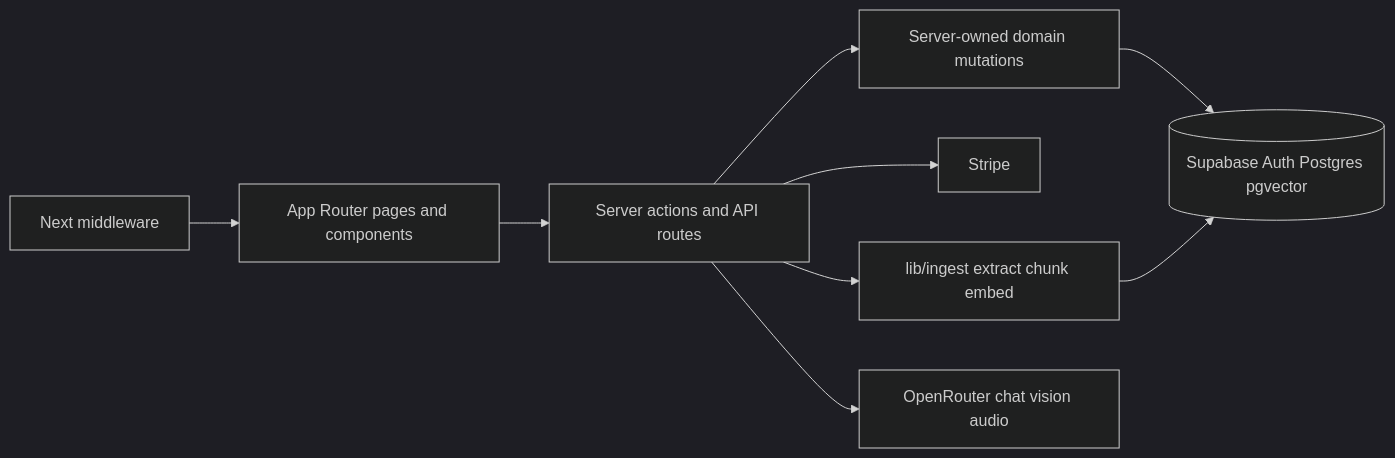
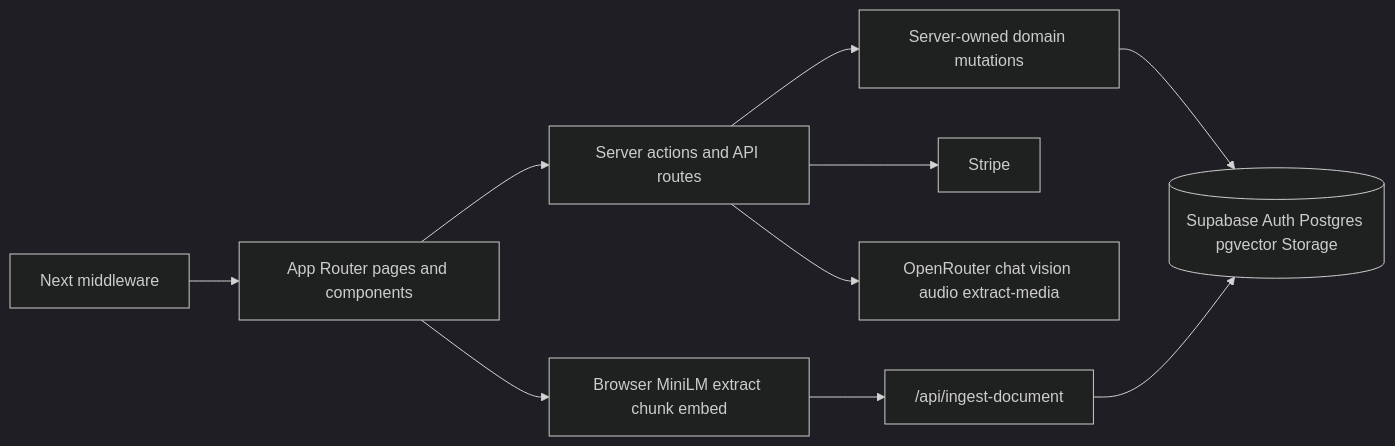
Before and after one commit to rchowdam1/Learnium: the first of 3 diagrams in _bmad-output/planning-artifacts/architecture/architecture-Learnium-2026-07-05/ARCHITECTURE-SPINE.md, drawn with Mermaid (dark theme). The commit also changed other lines of this file and 76 other files, not shown here.

````diff
--- a/_bmad-output/planning-artifacts/architecture/architecture-Learnium-2026-07-05/ARCHITECTURE-SPINE.md
+++ b/_bmad-output/planning-artifacts/architecture/architecture-Learnium-2026-07-05/ARCHITECTURE-SPINE.md
@@ -33,11 +33,12 @@
 ```mermaid
 flowchart LR
   UI[App Router pages and components] --> Actions[Server actions and API routes]
+  UI --> ClientEmbed[Browser MiniLM extract chunk embed]
+  ClientEmbed --> IngestAPI["/api/ingest-document"]
   Actions --> Domain[Server-owned domain mutations]
-  Domain --> Supabase[(Supabase Auth Postgres pgvector)]
+  Domain --> Supabase[(Supabase Auth Postgres pgvector Storage)]
+  IngestAPI --> Supabase
   Actions --> Stripe[Stripe]
-  Actions --> Ingest[lib/ingest extract chunk embed]
-  Ingest --> Supabase
-  Actions --> OpenRouter[OpenRouter chat vision audio]
+  Actions --> OpenRouter[OpenRouter chat vision audio extract-media]
   Middleware[Next middleware] --> UI
 ```
````
